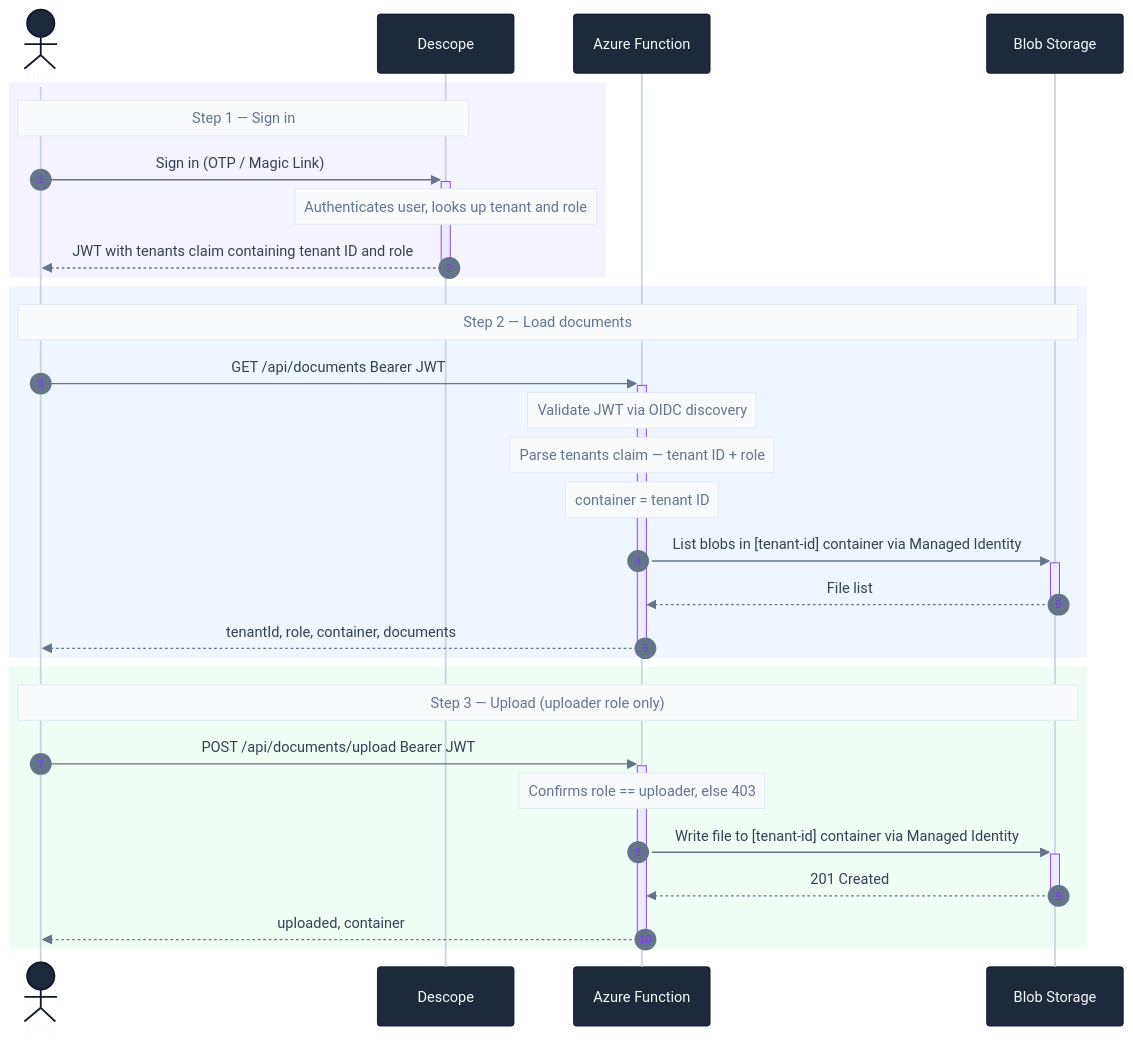
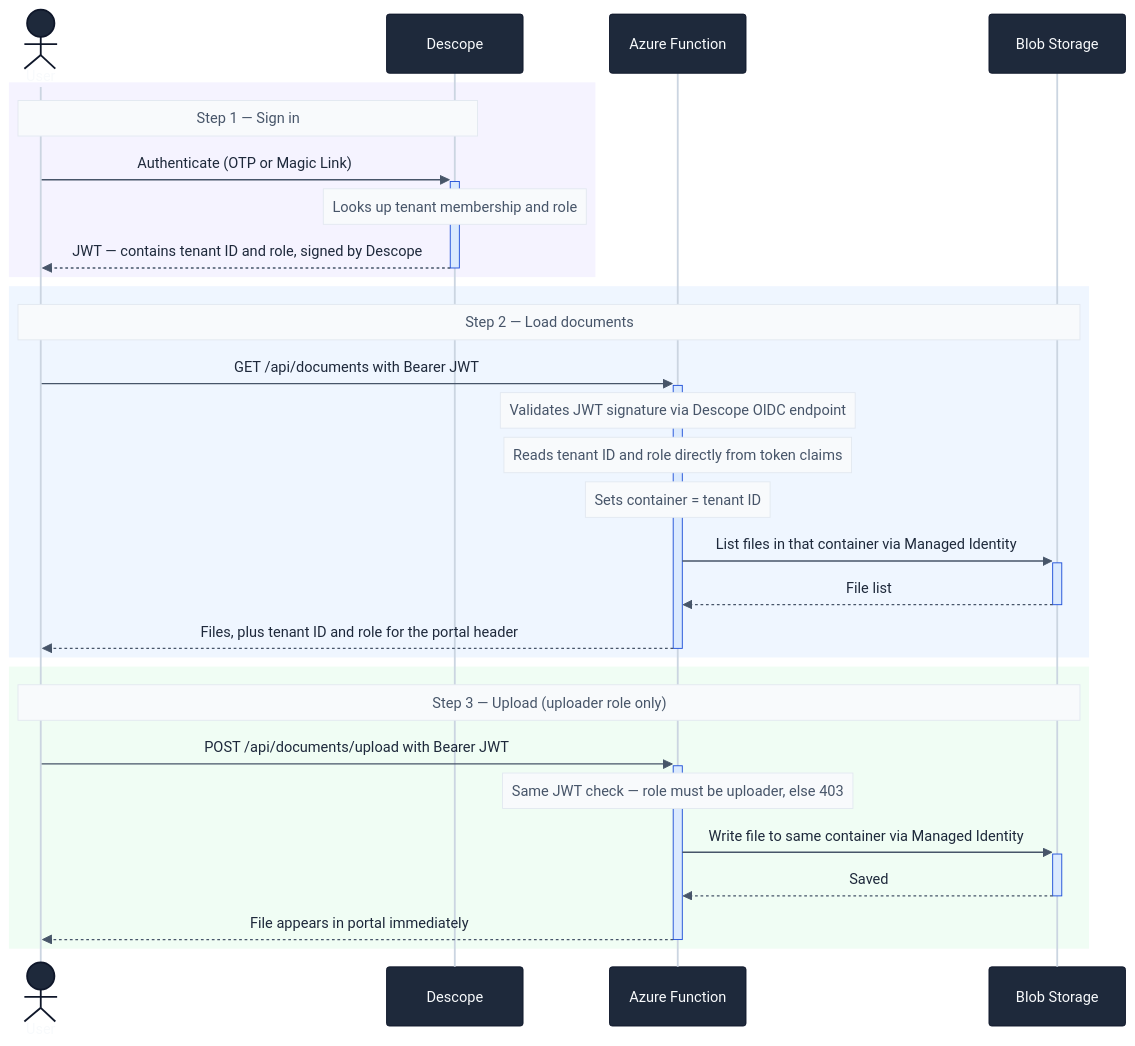
One commit to stevenbarash/descope-azure-blob-rbac-demo changed the diagram in docs/architecture-runtime.md. Above: the diagram before and after it, drawn with Mermaid. The commit also changed other lines of this file and 2 other files, not shown here.

Commit message:
docs: simplify architecture diagrams — lead with the key insight
Redesign all three diagrams to emphasise that the JWT carries
everything the Function needs (tenant ID + role), with no database,
no extra config, and no custom auth code.

- Overview: clean 4-node flowchart with plain-English labels
- Setup: side-by-side Descope/Azure columns with coupling callout
- Runtime: step-by-step sequence with explanatory notes after each rect

````diff
--- a/docs/architecture-runtime.md
+++ b/docs/architecture-runtime.md
@@ -6,36 +5,35 @@
 ```mermaid
-%%{init: {'theme': 'base', 'themeVariables': {'actorBkg': '#1e293b', 'actorBorder': '#0f172a', 'actorTextColor': '#f8fafc', 'actorLineColor': '#cbd5e1', 'signalColor': '#64748b', 'signalTextColor': '#334155', 'noteBkgColor': '#f8fafc', 'noteBorderColor': '#e2e8f0', 'noteTextColor': '#64748b', 'activationBkgColor': '#ede9fe', 'activationBorderColor': '#7c3aed', 'sequenceNumberColor': '#7c3aed'}}}%%
+%%{init: {'theme': 'base', 'themeVariables': {'actorBkg': '#1e293b', 'actorBorder': '#0f172a', 'actorTextColor': '#f8fafc', 'actorLineColor': '#cbd5e1', 'signalColor': '#475569', 'signalTextColor': '#1e293b', 'noteBkgColor': '#f8fafc', 'noteBorderColor': '#e2e8f0', 'noteTextColor': '#475569', 'activationBkgColor': '#dbeafe', 'activationBorderColor': '#1d4ed8'}}}%%
 sequenceDiagram
-    autonumber
     actor User
-    participant Descope as Descope
-    participant Func as Azure Function
-    participant Blob as Blob Storage
+    participant D as Descope
+    participant F as Azure Function
+    participant B as Blob Storage
 
     rect rgb(245, 243, 255)
-        Note over User,Descope: Step 1 — Sign in
-        User->>+Descope: Sign in (OTP / Magic Link)
-        Note over Descope: Authenticates user, looks up tenant and role
-        Descope-->>-User: JWT with tenants claim containing tenant ID and role
+        Note over User,D: Step 1 — Sign in
+        User->>+D: Authenticate (OTP or Magic Link)
+        Note over D: Looks up tenant membership and role
+        D-->>-User: JWT — contains tenant ID and role, signed by Descope
     end
 
     rect rgb(239, 246, 255)
-        Note over User,Blob: Step 2 — Load documents
-        User->>+Func: GET /api/documents  Bearer JWT
-        Note over Func: Validate JWT via OIDC discovery
-        Note over Func: Parse tenants claim — tenant ID + role
-        Note over Func: container = tenant ID
-        Func->>+Blob: List blobs in [tenant-id] container via Managed Identity
-        Blob-->>-Func: File list
-        Func-->>-User: tenantId, role, container, documents
+        Note over User,B: Step 2 — Load documents
+        User->>+F: GET /api/documents with Bearer JWT
+        Note over F: Validates JWT signature via Descope OIDC endpoint
+        Note over F: Reads tenant ID and role directly from token claims
+        Note over F: Sets container = tenant ID
+        F->>+B: List files in that container via Managed Identity
+        B-->>-F: File list
+        F-->>-User: Files, plus tenant ID and role for the portal header
     end
 
     rect rgb(240, 253, 244)
-        Note over User,Blob: Step 3 — Upload (uploader role only)
-        User->>+Func: POST /api/documents/upload  Bearer JWT
-        Note over Func: Confirms role == uploader, else 403
-        Func->>+Blob: Write file to [tenant-id] container via Managed Identity
-        Blob-->>-Func: 201 Created
-        Func-->>-User: uploaded, container
+        Note over User,B: Step 3 — Upload (uploader role only)
+        User->>+F: POST /api/documents/upload with Bearer JWT
+        Note over F: Same JWT check — role must be uploader, else 403
+        F->>+B: Write file to same container via Managed Identity
+        B-->>-F: Saved
+        F-->>-User: File appears in portal immediately
     end
 ```
````
